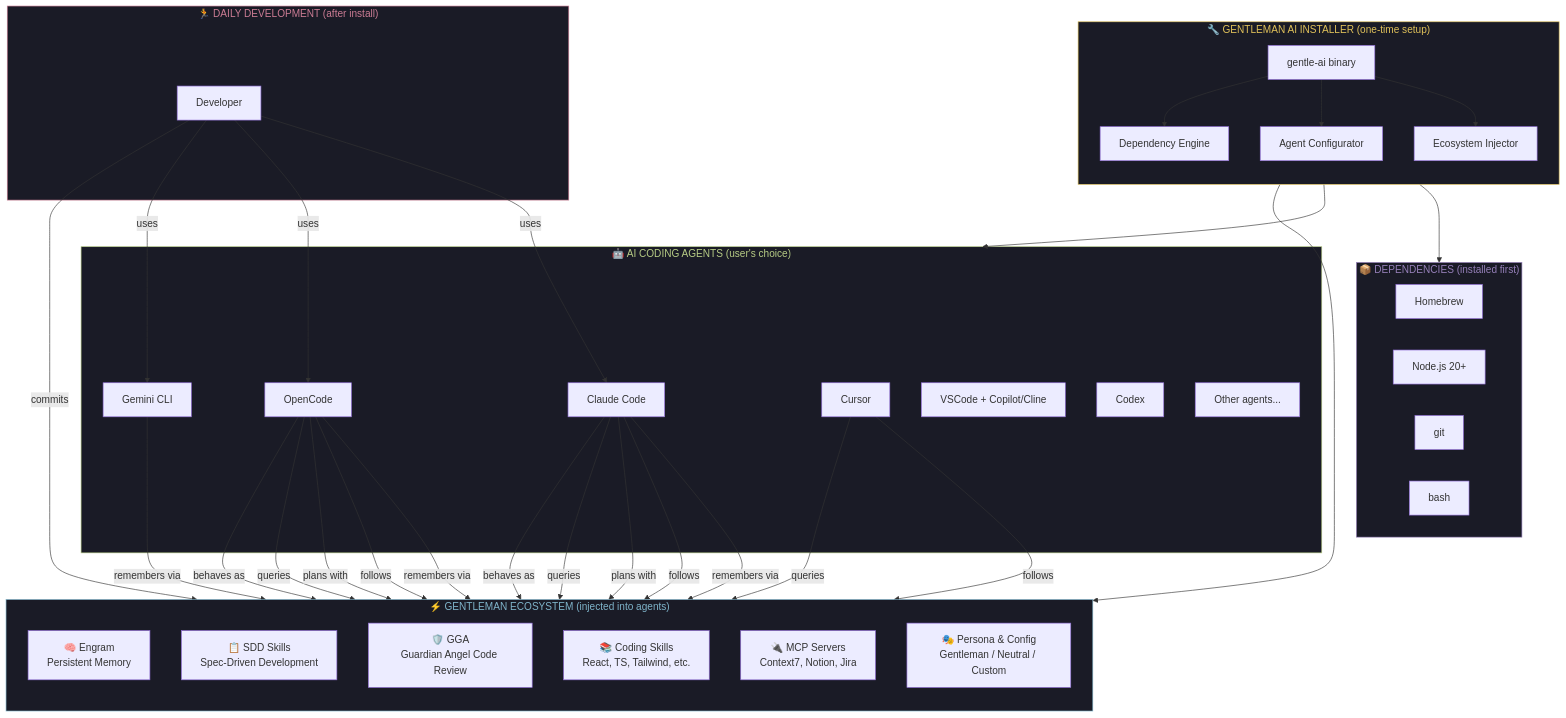
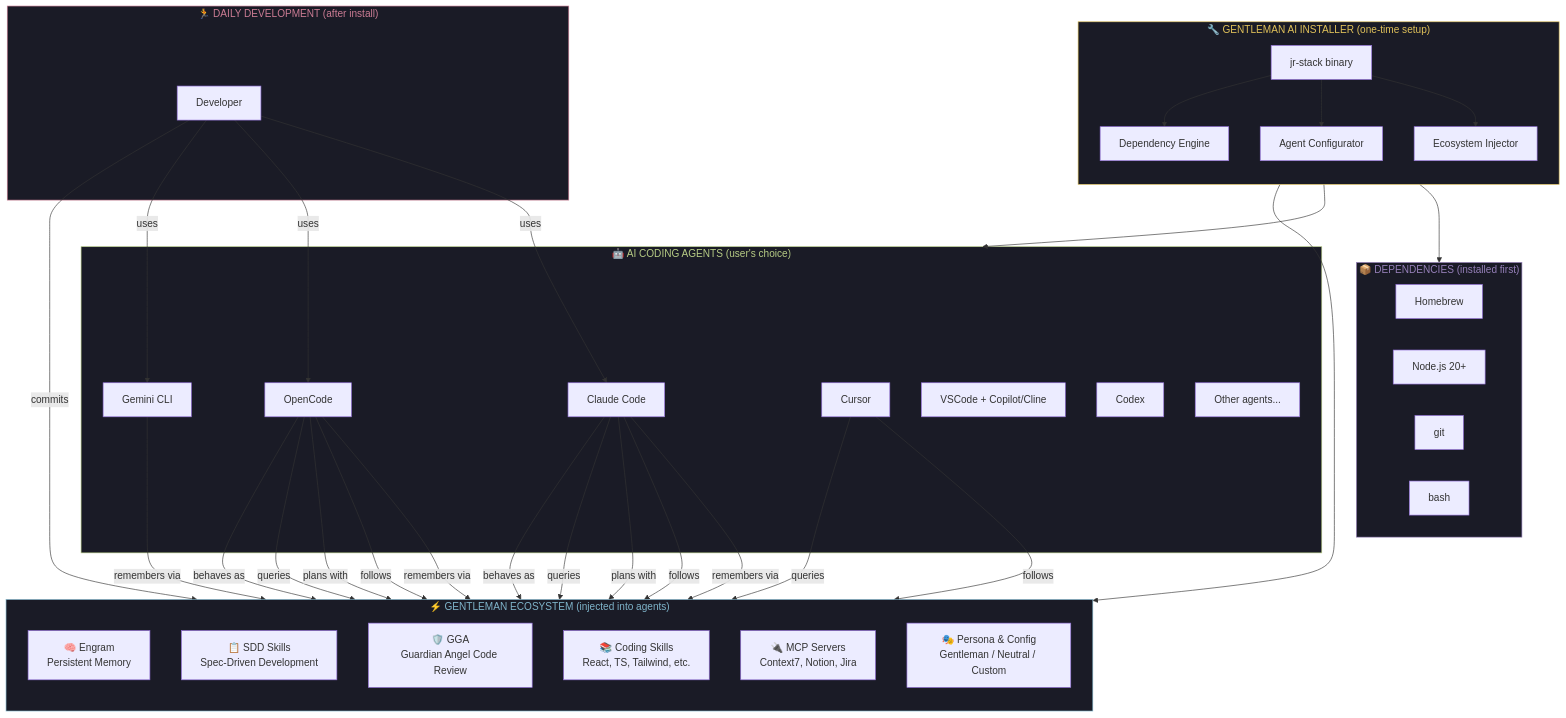
Before and after one commit to JuanCruzRobledo/jr-stack: the first of 7 diagrams in PRD.md, drawn with Mermaid. The commit also changed other lines of this file and 7 other files, not shown here.

````diff
--- a/PRD.md
+++ b/PRD.md
@@ -580,74 +580,74 @@
 ```mermaid
 graph TB
     subgraph INSTALLER["🔧 GENTLEMAN AI INSTALLER (one-time setup)"]
         direction TB
-        GAI[gentle-ai binary]
+        GAI[jr-stack binary]
         GAI --> DEP_ENGINE[Dependency Engine]
         GAI --> AGENT_ENGINE[Agent Configurator]
         GAI --> ECO_ENGINE[Ecosystem Injector]
     end
 
     subgraph DEPS["📦 DEPENDENCIES (installed first)"]
         BREW[Homebrew]
         NODE[Node.js 20+]
         GIT[git]
         BASH_DEP[bash]
     end
 
     subgraph AGENTS["🤖 AI CODING AGENTS (user's choice)"]
         CC[Claude Code]
         OC[OpenCode]
         GEM[Gemini CLI]
         CUR[Cursor]
         VSC[VSCode + Copilot/Cline]
         CDX[Codex]
         OTHER[Other agents...]
     end
 
     subgraph ECOSYSTEM["⚡ GENTLEMAN ECOSYSTEM (injected into agents)"]
         direction TB
         ENGRAM[🧠 Engram<br/>Persistent Memory]
         SDD[📋 SDD Skills<br/>Spec-Driven Development]
         GGA_COMP[🛡️ GGA<br/>Guardian Angel Code Review]
         SKILLS[📚 Coding Skills<br/>React, TS, Tailwind, etc.]
         MCP[🔌 MCP Servers<br/>Context7, Notion, Jira]
         PERSONA[🎭 Persona & Config<br/>Gentleman / Neutral / Custom]
     end
 
     subgraph RUNTIME["🏃 DAILY DEVELOPMENT (after install)"]
         DEV[Developer]
     end
 
     DEP_ENGINE --> DEPS
     AGENT_ENGINE --> AGENTS
     ECO_ENGINE --> ECOSYSTEM
 
     DEV -->|uses| CC
     DEV -->|uses| OC
     DEV -->|uses| GEM
     DEV -->|commits| GGA_COMP
 
     CC -->|remembers via| ENGRAM
     OC -->|remembers via| ENGRAM
     GEM -->|remembers via| ENGRAM
 
     CC -->|follows| SKILLS
     OC -->|follows| SKILLS
     CUR -->|follows| SKILLS
 
     CC -->|plans with| SDD
     OC -->|plans with| SDD
 
     CC -->|queries| MCP
     OC -->|queries| MCP
     CUR -->|queries| MCP
 
     CC -->|behaves as| PERSONA
     OC -->|behaves as| PERSONA
 
     style INSTALLER fill:#1a1b26,stroke:#E0C15A,color:#E0C15A
     style ECOSYSTEM fill:#1a1b26,stroke:#7FB4CA,color:#7FB4CA
     style AGENTS fill:#1a1b26,stroke:#B7CC85,color:#B7CC85
     style DEPS fill:#1a1b26,stroke:#957FB8,color:#957FB8
     style RUNTIME fill:#1a1b26,stroke:#CB7C94,color:#CB7C94
 ```
````
